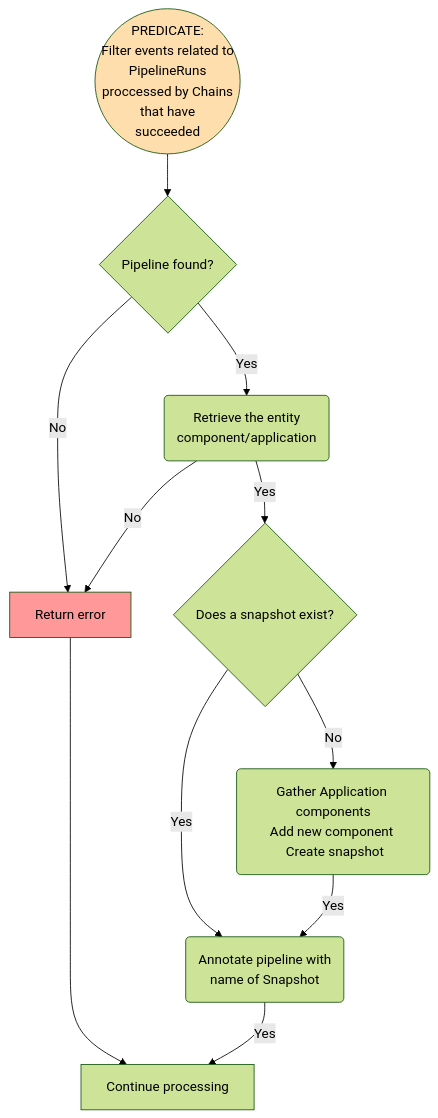
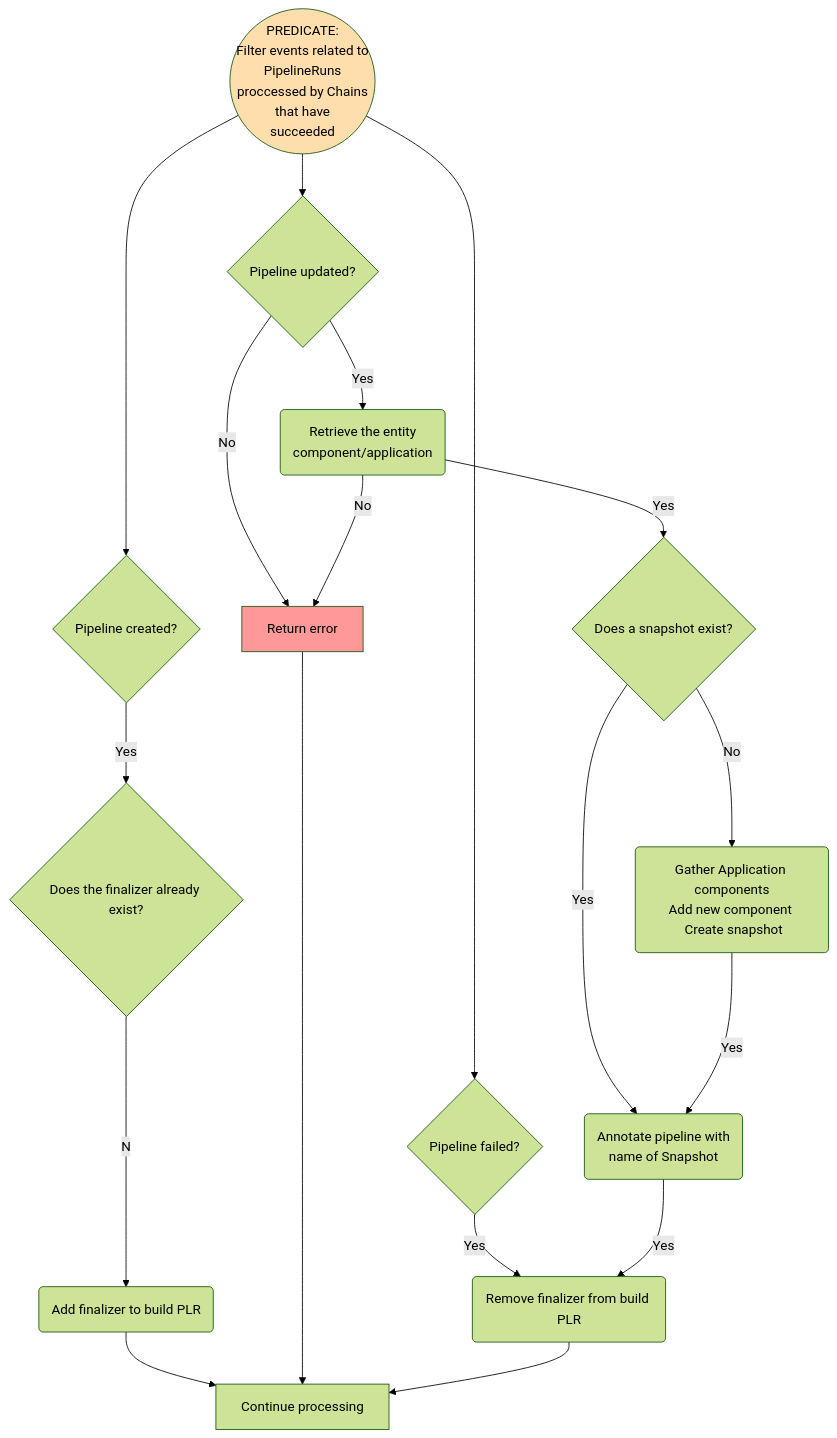
The diagram in docs/build_pipeline_controller.md (konflux-ci/integration-service), drawn with Mermaid before and after one commit. The commit also changed 8 other files, not shown here.

First line of the commit message:
feat(stoneintg-600): add finalizers to build pipeline runs

````diff
--- a/docs/build_pipeline_controller.md
+++ b/docs/build_pipeline_controller.md
@@ -3,36 +3,48 @@
 ```mermaid
 
 %%{init: {'theme':'forest'}}%%
 flowchart TD
 %% Defining the styles
   classDef Red fill:#FF9999;
   classDef Amber fill:#FFDEAD;
   classDef Green fill:#BDFFA4;
 
   %% Node definitions
 predicate((PREDICATE: <br> Filter events related to <br> PipelineRuns <br> proccessed by Chains <br> that have <br> succeeded))
-get_pipeline_run{Pipeline found?}
+new_pipeline_run{Pipeline created?}
+get_pipeline_run{Pipeline updated?}
+failed_pipeline_run{Pipeline failed?}
+finalizer_exists{Does the finalizer already exist?}
 retrieve_associated_entity(Retrieve the entity <br> component/application)
 determine_snapshot{Does a snapshot exist?}
 create_snapshot(Gather Application components<br> Add new component  <br> Create snapshot)
 annotate_pipelineRun(Annotate pipeline with <br> name of Snapshot)
+add_finalizer(Add finalizer to build PLR)
+remove_finalizer(Remove finalizer from build PLR)
 error[Return error]
 continue[Continue processing]
 
 %% Node connections
 predicate                        --> get_pipeline_run
+predicate                       -->  new_pipeline_run
+predicate                       -->  failed_pipeline_run
+new_pipeline_run           --Yes-->  finalizer_exists
+finalizer_exists           --No-->   add_finalizer
+add_finalizer                    --> continue
+failed_pipeline_run           --Yes --> remove_finalizer
 get_pipeline_run           --Yes --> retrieve_associated_entity
 get_pipeline_run           --No  --> error
 retrieve_associated_entity --No  --> error
 error                            --> continue
 retrieve_associated_entity --Yes --> determine_snapshot
 determine_snapshot         --Yes --> annotate_pipelineRun
 determine_snapshot         --No  --> create_snapshot
 create_snapshot            --Yes --> annotate_pipelineRun
-annotate_pipelineRun       --Yes --> continue
+annotate_pipelineRun       --Yes --> remove_finalizer
+remove_finalizer                 --> continue
 
 %% Assigning styles to nodes
 class predicate Amber;
 class error Red;
 
   ```
````
